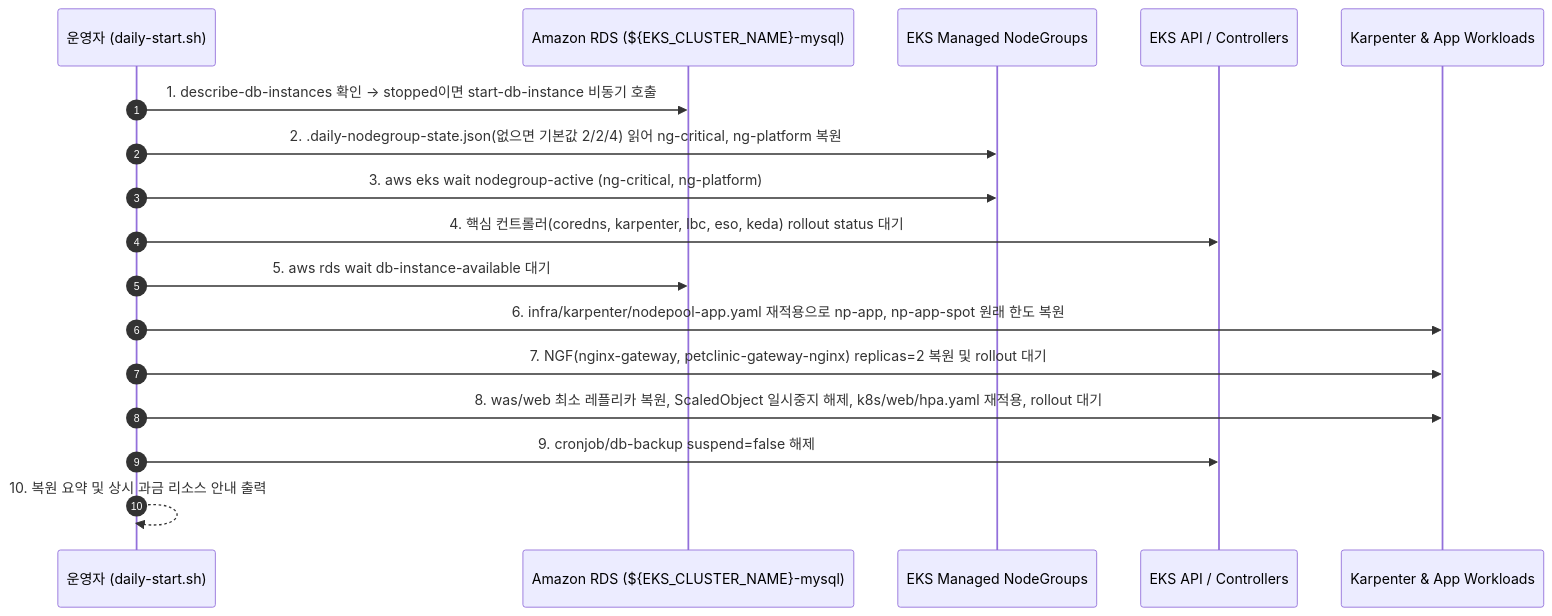
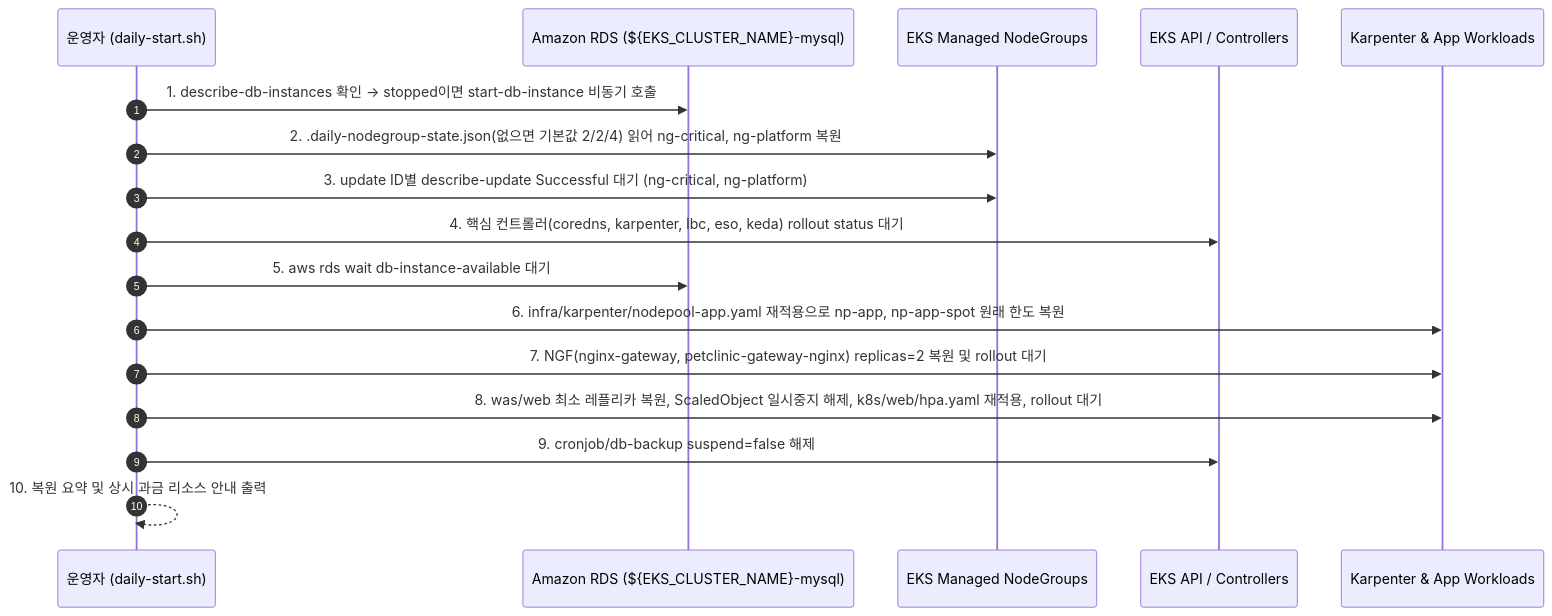
Before and after one commit to qorgh529/test-orca: the second of 2 diagrams in docs/features/daily-stop-start/design.md, drawn with Mermaid. The commit also changed other lines of this file and 2 other files, not shown here.

````diff
--- a/docs/features/daily-stop-start/design.md
+++ b/docs/features/daily-stop-start/design.md
@@ -142,20 +142,20 @@
 ```mermaid
 sequenceDiagram
     autonumber
     participant Op as 운영자 (daily-start.sh)
     participant RDS as Amazon RDS (${EKS_CLUSTER_NAME}-mysql)
     participant EKS as EKS Managed NodeGroups
     participant K8s as EKS API / Controllers
     participant Karp as Karpenter & App Workloads
 
     Op->>RDS: 1. describe-db-instances 확인 → stopped이면 start-db-instance 비동기 호출
     Op->>EKS: 2. .daily-nodegroup-state.json(없으면 기본값 2/2/4) 읽어 ng-critical, ng-platform 복원
-    Op->>EKS: 3. aws eks wait nodegroup-active (ng-critical, ng-platform)
+    Op->>EKS: 3. update ID별 describe-update Successful 대기 (ng-critical, ng-platform)
     Op->>K8s: 4. 핵심 컨트롤러(coredns, karpenter, lbc, eso, keda) rollout status 대기
     Op->>RDS: 5. aws rds wait db-instance-available 대기
     Op->>Karp: 6. infra/karpenter/nodepool-app.yaml 재적용으로 np-app, np-app-spot 원래 한도 복원
     Op->>Karp: 7. NGF(nginx-gateway, petclinic-gateway-nginx) replicas=2 복원 및 rollout 대기
     Op->>Karp: 8. was/web 최소 레플리카 복원, ScaledObject 일시중지 해제, k8s/web/hpa.yaml 재적용, rollout 대기
     Op->>K8s: 9. cronjob/db-backup suspend=false 해제
     Op-->>Op: 10. 복원 요약 및 상시 과금 리소스 안내 출력
 ```
````
